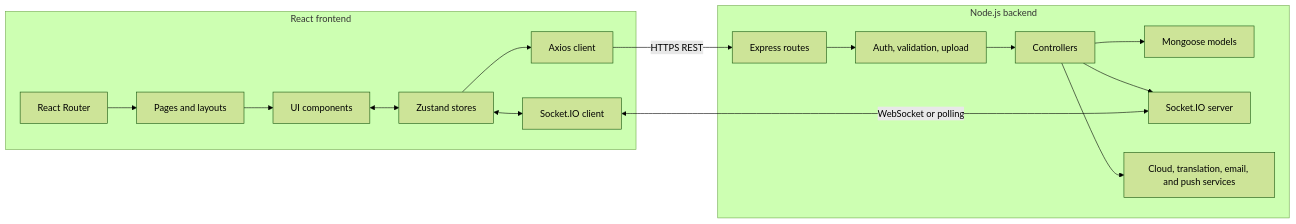
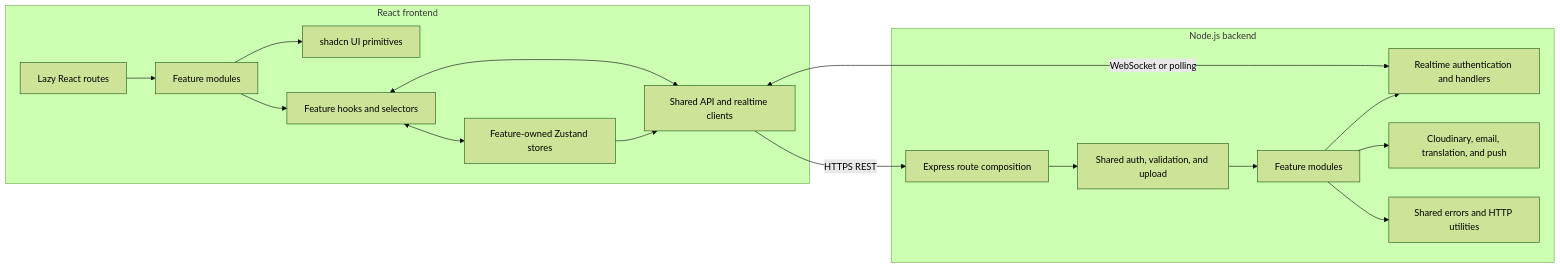
The eighth of 26 diagrams in docs/10-diagram-catalog.md (Saurav11343/click-chat), drawn with Mermaid (forest theme) before and after one commit. The commit also changed other lines of this file and 183 other files, not shown here.

````diff
--- a/docs/10-diagram-catalog.md
+++ b/docs/10-diagram-catalog.md
@@ -266,35 +266,36 @@
 ```mermaid
 flowchart LR
     subgraph Client["React frontend"]
-        Routes["React Router"]
-        Pages["Pages and layouts"]
-        UI["UI components"]
-        Stores["Zustand stores"]
-        Axios["Axios client"]
-        SocketClient["Socket.IO client"]
+        Routes["Lazy React routes"]
+        Features["Feature modules"]
+        UI["shadcn UI primitives"]
+        Hooks["Feature hooks and selectors"]
+        Stores["Feature-owned Zustand stores"]
+        Shared["Shared API and realtime clients"]
 
-        Routes --> Pages
-        Pages --> UI
-        UI <--> Stores
-        Stores --> Axios
-        Stores <--> SocketClient
+        Routes --> Features
+        Features --> UI
+        Features --> Hooks
+        Hooks <--> Stores
+        Stores --> Shared
+        Hooks <--> Shared
     end
 
     subgraph Server["Node.js backend"]
-        Express["Express routes"]
-        Middleware["Auth, validation, upload"]
-        Controllers["Controllers"]
-        Models["Mongoose models"]
-        SocketServer["Socket.IO server"]
-        Services["Cloud, translation, email, and push services"]
+        Express["Express route composition"]
+        Middleware["Shared auth, validation, and upload"]
+        Modules["Feature modules"]
+        Realtime["Realtime authentication and handlers"]
+        Integrations["Cloudinary, email, translation, and push"]
+        SharedServer["Shared errors and HTTP utilities"]
 
         Express --> Middleware
-        Middleware --> Controllers
-        Controllers --> Models
-        Controllers --> SocketServer
-        Controllers --> Services
+        Middleware --> Modules
+        Modules --> Realtime
+        Modules --> Integrations
+        Modules --> SharedServer
     end
 
-    Axios -->|"HTTPS REST"| Express
-    SocketClient <-->|"WebSocket or polling"| SocketServer
+    Shared -->|"HTTPS REST"| Express
+    Shared <-->|"WebSocket or polling"| Realtime
 ```
````
